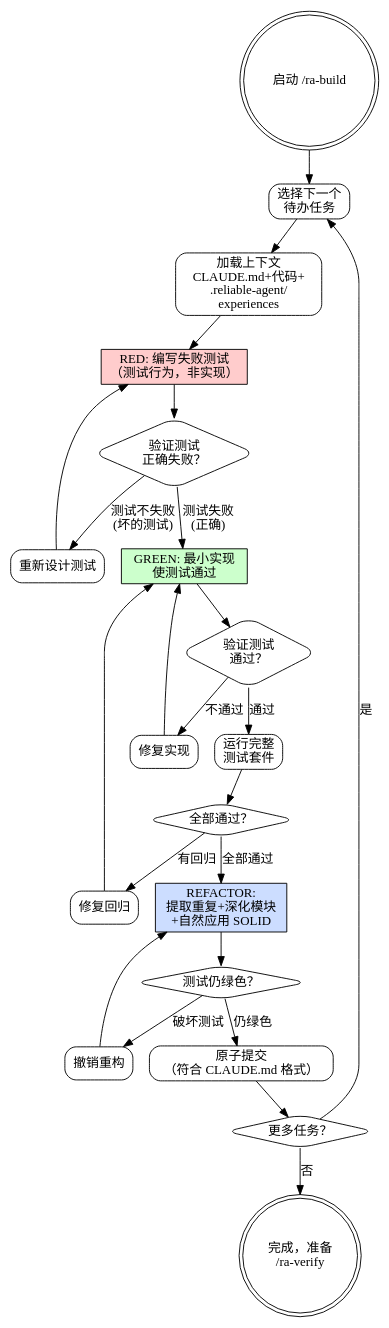
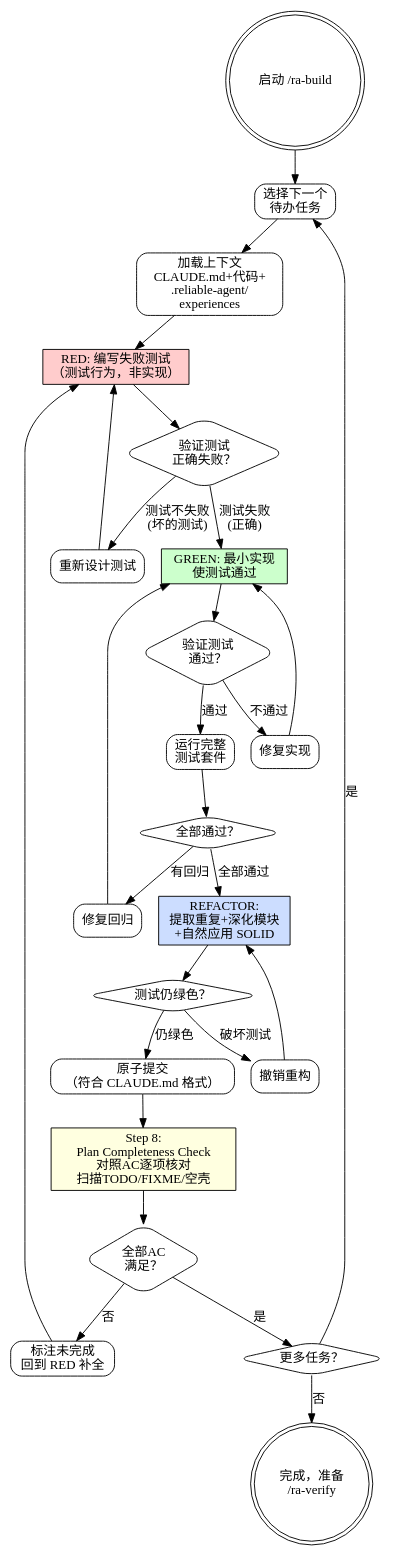
The diagram in skills/ra-build/SKILL.md (sueichen/reliable-agent), drawn with Graphviz before and after one commit. The commit also changed other lines of this file, not shown here.

First line of the commit message:
feat(ra-build): add Step 8 Plan Completeness Check gate

````diff
--- a/skills/ra-build/SKILL.md
+++ b/skills/ra-build/SKILL.md
@@ -29,48 +29,55 @@
 ```dot
 digraph reliable_build {
     rankdir=TB;
     node [shape=box, style=rounded];
 
     start [label="启动 /ra-build", shape=doublecircle];
     select_task [label="选择下一个\n待办任务"];
     context [label="加载上下文\nCLAUDE.md+代码+\n.reliable-agent/\nexperiences"];
     red [label="RED: 编写失败测试\n（测试行为，非实现）", shape=box style=filled fillcolor="#ffcccc"];
     verify_fail [label="验证测试\n正确失败？", shape=diamond];
     rethink [label="重新设计测试"];
     green [label="GREEN: 最小实现\n使测试通过", shape=box style=filled fillcolor="#ccffcc"];
     verify_pass [label="验证测试\n通过？", shape=diamond];
     fix_impl [label="修复实现"];
     run_suite [label="运行完整\n测试套件"];
     suite_pass [label="全部通过？", shape=diamond];
     fix_regression [label="修复回归"];
     refactor [label="REFACTOR:\n提取重复+深化模块\n+自然应用 SOLID", shape=box style=filled fillcolor="#ccddff"];
     tests_still_green [label="测试仍绿色？", shape=diamond];
     revert_refactor [label="撤销重构"];
     commit [label="原子提交\n（符合 CLAUDE.md 格式）"];
+    completeness_check [label="Step 8:\nPlan Completeness Check\n对照AC逐项核对\n扫描TODO/FIXME/空壳", shape=box style=filled fillcolor=lightyellow];
+    check_pass [label="全部AC\n满足？", shape=diamond];
+    back_to_red [label="标注未完成\n回到 RED 补全"];
     more_tasks [label="更多任务？", shape=diamond];
     done [label="完成，准备\n/ra-verify", shape=doublecircle];
 
     start -> select_task;
     select_task -> context;
     context -> red;
     red -> verify_fail;
     verify_fail -> rethink [label="测试不失败\n(坏的测试)"];
     rethink -> red;
     verify_fail -> green [label="测试失败\n(正确)"];
     green -> verify_pass;
     verify_pass -> fix_impl [label="不通过"];
     fix_impl -> green;
     verify_pass -> run_suite [label="通过"];
     run_suite -> suite_pass;
     suite_pass -> fix_regression [label="有回归"];
     fix_regression -> green;
     suite_pass -> refactor [label="全部通过"];
     refactor -> tests_still_green;
     tests_still_green -> revert_refactor [label="破坏测试"];
     revert_refactor -> refactor;
     tests_still_green -> commit [label="仍绿色"];
-    commit -> more_tasks;
+    commit -> completeness_check;
+    completeness_check -> check_pass;
+    check_pass -> back_to_red [label="否"];
+    check_pass -> more_tasks [label="是"];
+    back_to_red -> red;
     more_tasks -> select_task [label="是"];
     more_tasks -> done [label="否"];
 }
 ```
````
